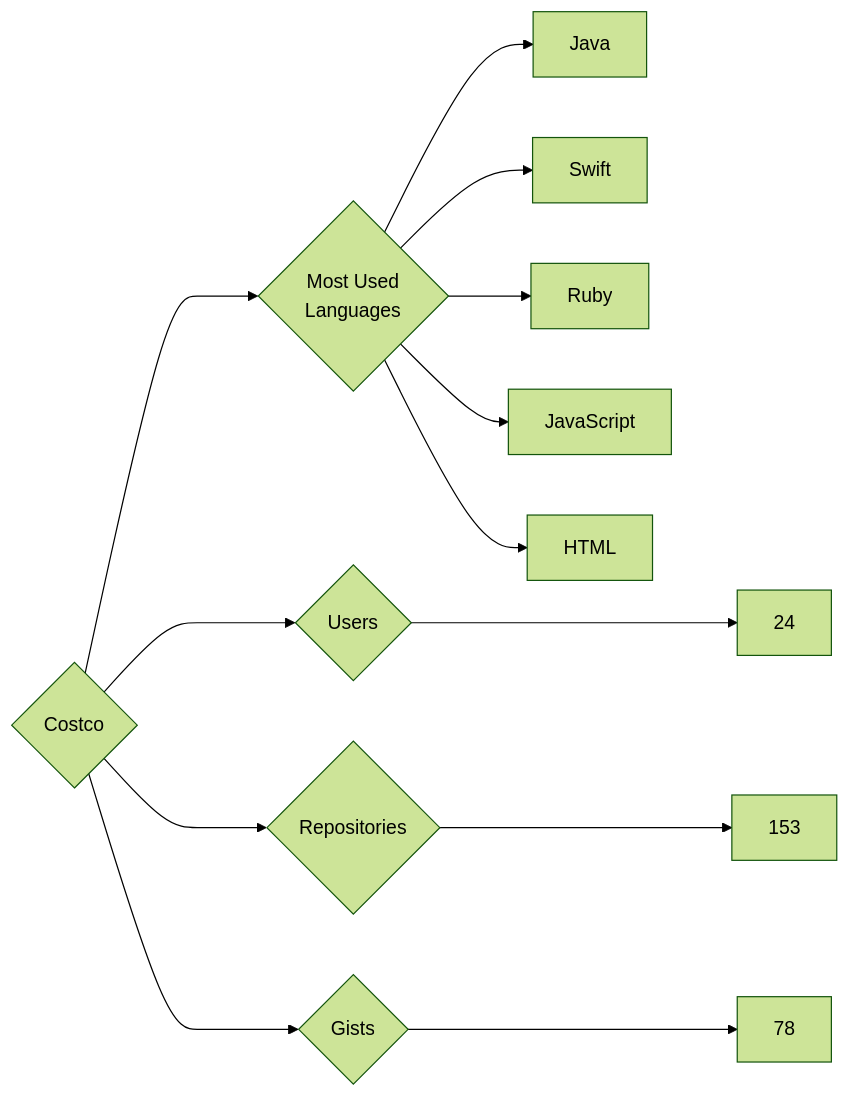
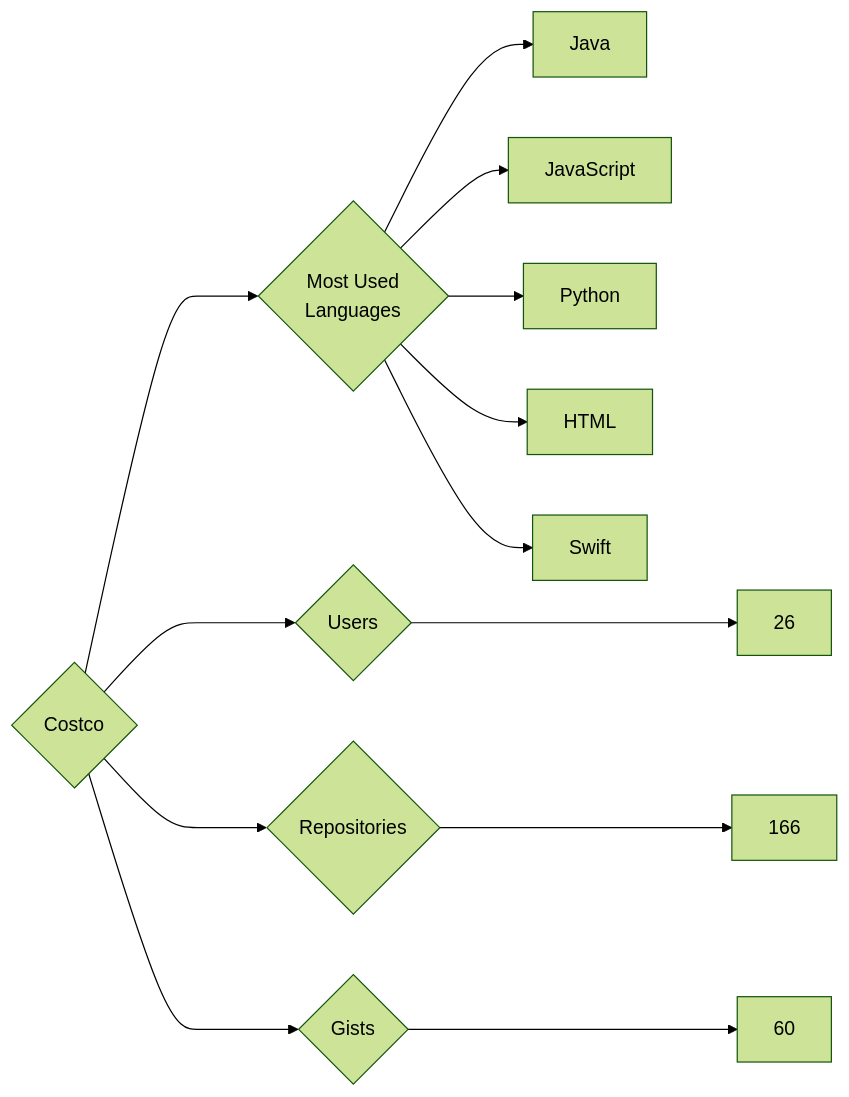
Before and after one commit to trickest/insiders: the diagram in targets/Costco/README.md, drawn with Mermaid (forest theme). The commit also changed 736 other files, not shown here.

````diff
--- a/targets/Costco/README.md
+++ b/targets/Costco/README.md
@@ -3,13 +3,13 @@
 ```mermaid
 graph LR
 COMPANY_NAME{Costco}
-COMPANY_NAME ---> U{Users} ---> UN[24]
-COMPANY_NAME ---> R{Repositories} ---> RN[153]
-COMPANY_NAME ---> G{Gists} ---> GN[78]
+COMPANY_NAME ---> U{Users} ---> UN[26]
+COMPANY_NAME ---> R{Repositories} ---> RN[166]
+COMPANY_NAME ---> G{Gists} ---> GN[60]
 COMPANY_NAME ---> ML{Most Used<br>Languages}
 ML --> Java[Java]
+ML --> JavaScript[JavaScript]
+ML --> Python[Python]
+ML --> HTML[HTML]
 ML --> Swift[Swift]
-ML --> Ruby[Ruby]
-ML --> JavaScript[JavaScript]
-ML --> HTML[HTML]
 ```
````
